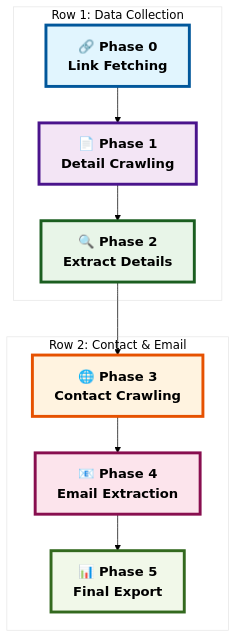
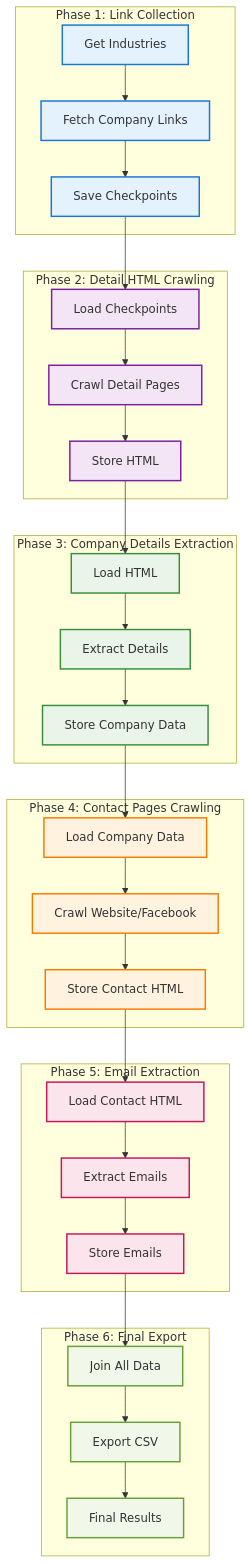
Before and after one commit to tranvietphuoc/pcrawler: the first of 2 diagrams in README.md, drawn with Mermaid. The commit also changed other lines of this file and 2 other files, not shown here.

Commit message:
edit split email logic

````diff
--- a/README.md
+++ b/README.md
@@ -47,30 +47,46 @@
 ```mermaid
-%%{init: {'theme':'base', 'themeVariables': { 'primaryColor': '#ff0000', 'primaryTextColor': '#000000', 'primaryBorderColor': '#000000', 'lineColor': '#000000', 'secondaryColor': '#ffffff', 'tertiaryColor': '#ffffff', 'background': '#ffffff', 'mainBkg': '#ffffff', 'secondBkg': '#ffffff', 'tertiaryBkg': '#ffffff'}}}%%
 graph TB
-    subgraph "Row 1: Data Collection"
-        A["🔗 Phase 0<br/>Link Fetching"] --> B["📄 Phase 1<br/>Detail Crawling"]
-        B --> C["🔍 Phase 2<br/>Extract Details"]
+    subgraph "Phase 1: Link Collection"
+        A1[Get Industries] --> A2[Fetch Company Links] --> A3[Save Checkpoints]
     end
 
-    subgraph "Row 2: Contact & Email"
-        D["🌐 Phase 3<br/>Contact Crawling"] --> E["📧 Phase 4<br/>Email Extraction"]
-        E --> F["📊 Phase 5<br/>Final Export"]
+    subgraph "Phase 2: Detail HTML Crawling"
+        B1[Load Checkpoints] --> B2[Crawl Detail Pages] --> B3[Store HTML]
     end
 
-    C --> D
+    subgraph "Phase 3: Company Details Extraction"
+        C1[Load HTML] --> C2[Extract Details] --> C3[Store Company Data]
+    end
 
-    %% Styling
-    classDef phase0 fill:#e1f5fe,stroke:#01579b,stroke-width:4px,font-size:18px,font-weight:bold
-    classDef phase1 fill:#f3e5f5,stroke:#4a148c,stroke-width:4px,font-size:18px,font-weight:bold
-    classDef phase2 fill:#e8f5e8,stroke:#1b5e20,stroke-width:4px,font-size:18px,font-weight:bold
-    classDef phase3 fill:#fff3e0,stroke:#e65100,stroke-width:4px,font-size:18px,font-weight:bold
-    classDef phase4 fill:#fce4ec,stroke:#880e4f,stroke-width:4px,font-size:18px,font-weight:bold
-    classDef phase5 fill:#f1f8e9,stroke:#33691e,stroke-width:4px,font-size:18px,font-weight:bold
+    subgraph "Phase 4: Contact Pages Crawling"
+        D1[Load Company Data] --> D2[Crawl Website/Facebook] --> D3[Store Contact HTML]
+    end
 
-    class A phase0
-    class B phase1
-    class C phase2
-    class D phase3
-    class E phase4
-    class F phase5
+    subgraph "Phase 5: Email Extraction"
+        E1[Load Contact HTML] --> E2[Extract Emails] --> E3[Store Emails]
+    end
+
+    subgraph "Phase 6: Final Export"
+        F1[Join All Data] --> F2[Export CSV] --> F3[Final Results]
+    end
+
+    A3 --> B1
+    B3 --> C1
+    C3 --> D1
+    D3 --> E1
+    E3 --> F1
+
+    classDef phase1 fill:#e3f2fd,stroke:#1976d2,stroke-width:2px
+    classDef phase2 fill:#f3e5f5,stroke:#7b1fa2,stroke-width:2px
+    classDef phase3 fill:#e8f5e8,stroke:#388e3c,stroke-width:2px
+    classDef phase4 fill:#fff3e0,stroke:#f57c00,stroke-width:2px
+    classDef phase5 fill:#fce4ec,stroke:#c2185b,stroke-width:2px
+    classDef phase6 fill:#f1f8e9,stroke:#689f38,stroke-width:2px
+
+    class A1,A2,A3 phase1
+    class B1,B2,B3 phase2
+    class C1,C2,C3 phase3
+    class D1,D2,D3 phase4
+    class E1,E2,E3 phase5
+    class F1,F2,F3 phase6
 ```
````
